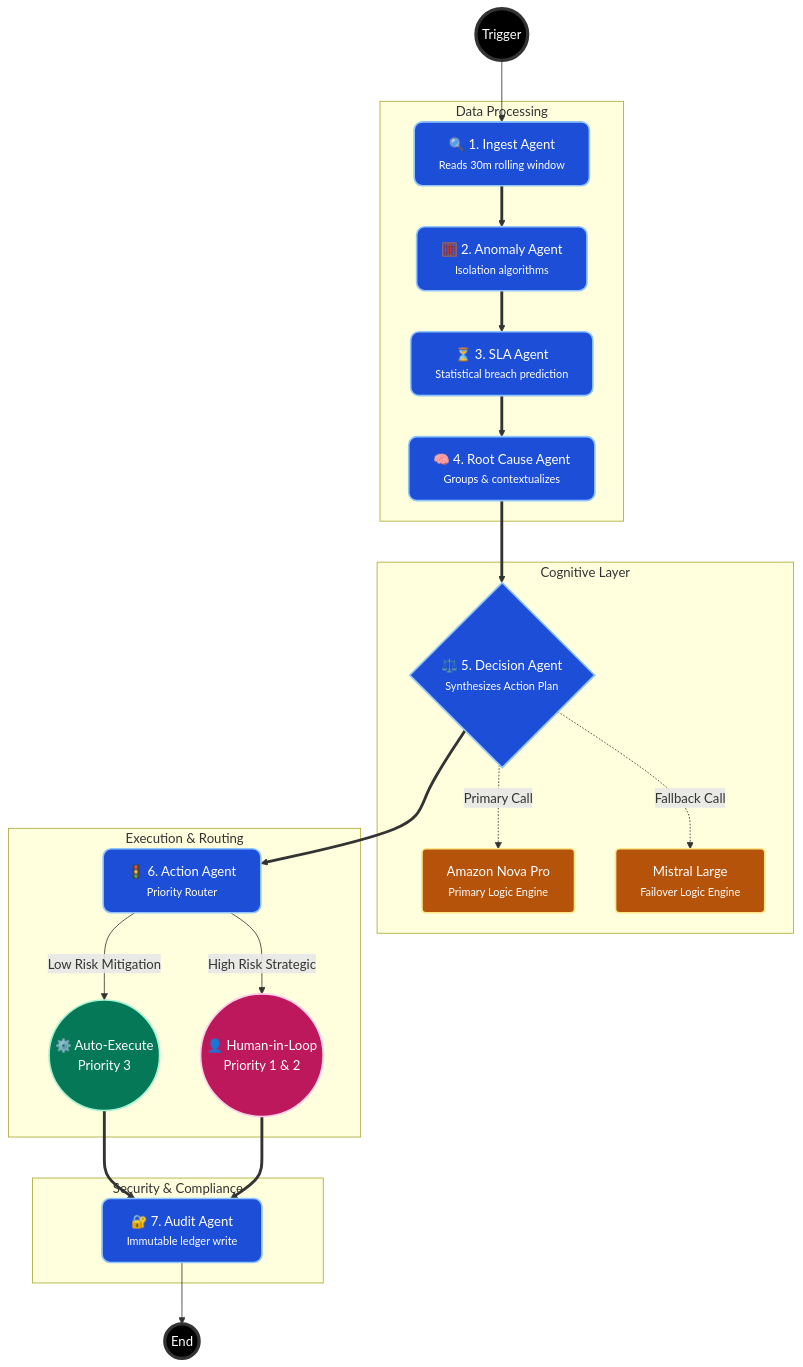
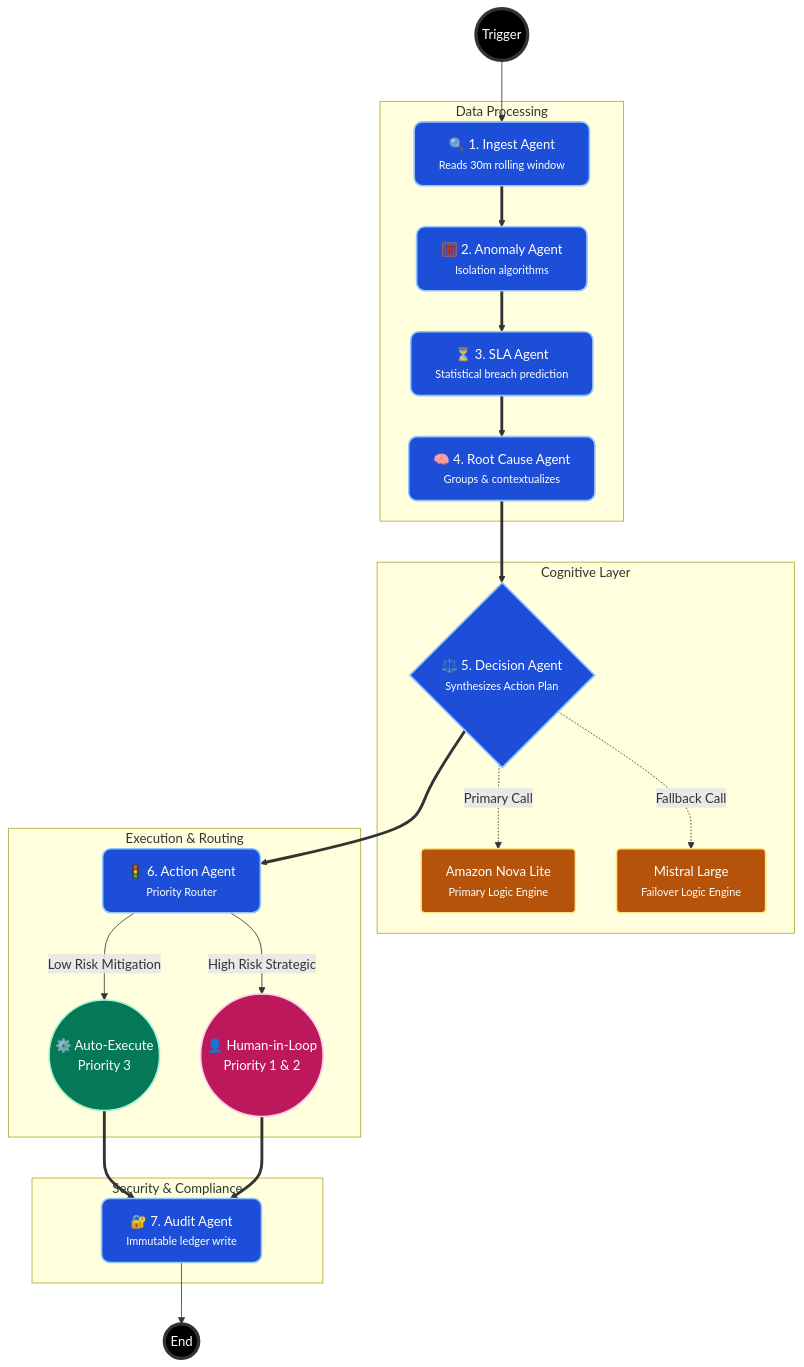
Before and after one commit to adarshcod30/Cost-Intel-Intelligence: the second of 3 diagrams in README.md, drawn with Mermaid. The commit also changed other lines of this file, not shown here.

Commit message:
docs: update README with cloud architecture, Amplify guide, and live link

````diff
--- a/README.md
+++ b/README.md
@@ -229,54 +247,54 @@
 ```mermaid
 flowchart TB
     %% Definitions
     classDef startEnd fill:#000,stroke:#333,stroke-width:4px,color:#fff
     classDef agent fill:#1d4ed8,stroke:#93c5fd,stroke-width:2px,color:#fff,rx:10,ry:10
     classDef llm fill:#b45309,stroke:#fde68a,stroke-width:2px,color:#fff,rx:5,ry:5
     classDef action fill:#047857,stroke:#a7f3d0,stroke-width:2px,color:#fff
     classDef human fill:#be185d,stroke:#fbcfe8,stroke-width:2px,color:#fff
     
     Start((Trigger)) --> Ingest
     
     subgraph Data Processing
         Ingest[🔍 1. Ingest Agent<br/><small>Reads 30m rolling window</small>]
         Anomaly[🧮 2. Anomaly Agent<br/><small>Isolation algorithms</small>]
         SLA[⏳ 3. SLA Agent<br/><small>Statistical breach prediction</small>]
         RC[🧠 4. Root Cause Agent<br/><small>Groups & contextualizes</small>]
         
         Ingest ==> Anomaly ==> SLA ==> RC
     end
     
     subgraph Cognitive Layer
         Decide{⚖️ 5. Decision Agent<br/><small>Synthesizes Action Plan</small>}
-        Nova[Amazon Nova Pro<br/><small>Primary Logic Engine</small>]
+        Nova[Amazon Nova Lite<br/><small>Primary Logic Engine</small>]
         Mistral[Mistral Large<br/><small>Failover Logic Engine</small>]
         
         RC ==> Decide
         Decide -.->|Primary Call| Nova
         Decide -.->|Fallback Call| Mistral
     end
     
     subgraph Execution & Routing
         Route[🚦 6. Action Agent<br/><small>Priority Router</small>]
         Auto((⚙️ Auto-Execute<br/>Priority 3))
         HITL((👤 Human-in-Loop<br/>Priority 1 & 2))
         
         Decide ==> Route
         Route -->|Low Risk Mitigation| Auto
         Route -->|High Risk Strategic| HITL
     end
     
     subgraph Security & Compliance
         Audit[🔐 7. Audit Agent<br/><small>Immutable ledger write</small>]
         Auto ==> Audit
         HITL ==> Audit
     end
     
     Audit --> Finish((End))
     
     class Start,Finish startEnd
     class Ingest,Anomaly,SLA,RC,Decide,Route,Audit agent
     class Nova,Mistral llm
     class Auto action
     class HITL human
 ```
````
